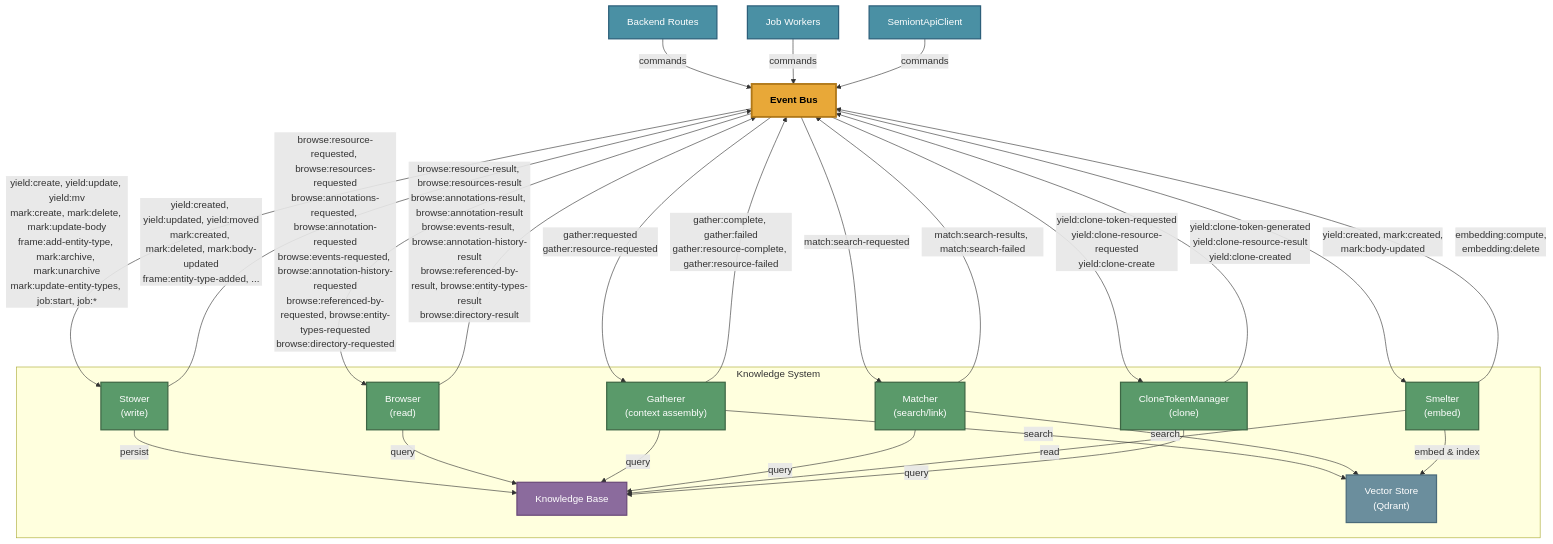
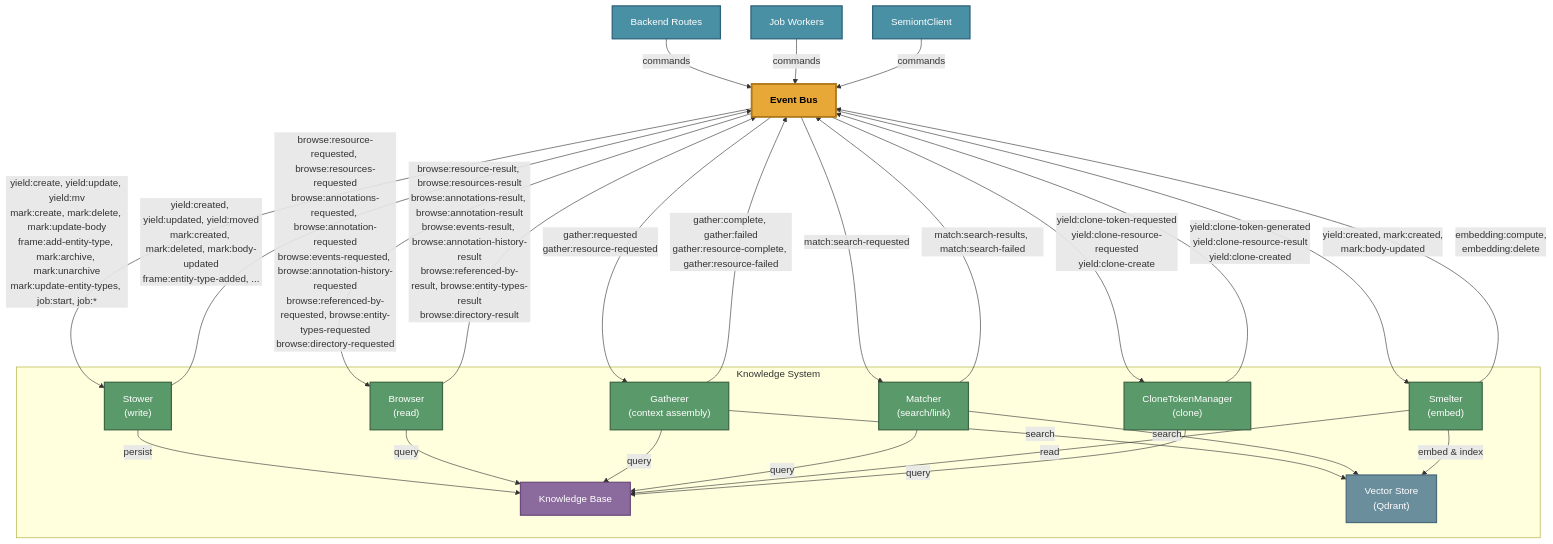
Before and after one commit to The-AI-Alliance/semiont: the diagram in packages/make-meaning/README.md, drawn with Mermaid. The commit also changed 29 other files, not shown here.

````diff
--- a/packages/make-meaning/README.md
+++ b/packages/make-meaning/README.md
@@ -92,52 +92,52 @@
 ```mermaid
 graph TB
     Routes["Backend Routes"] -->|commands| BUS["Event Bus"]
     Workers["Job Workers"] -->|commands| BUS
-    EBC["SemiontApiClient"] -->|commands| BUS
+    EBC["SemiontClient"] -->|commands| BUS
 
     subgraph ks ["Knowledge System"]
         STOWER["Stower<br/>(write)"]
         BROWSER["Browser<br/>(read)"]
         GATHERER["Gatherer<br/>(context assembly)"]
         MATCHER["Matcher<br/>(search/link)"]
         SMELTER["Smelter<br/>(embed)"]
         CTM["CloneTokenManager<br/>(clone)"]
         KB["Knowledge Base"]
         VECTORS["Vector Store<br/>(Qdrant)"]
         STOWER -->|persist| KB
         BROWSER -->|query| KB
         GATHERER -->|query| KB
         GATHERER -->|search| VECTORS
         MATCHER -->|query| KB
         MATCHER -->|search| VECTORS
         SMELTER -->|embed & index| VECTORS
         SMELTER -->|read| KB
         CTM -->|query| KB
     end
 
     BUS -->|"yield:create, yield:update, yield:mv<br/>mark:create, mark:delete, mark:update-body<br/>frame:add-entity-type, mark:archive, mark:unarchive<br/>mark:update-entity-types, job:start, job:*"| STOWER
     BUS -->|"browse:resource-requested, browse:resources-requested<br/>browse:annotations-requested, browse:annotation-requested<br/>browse:events-requested, browse:annotation-history-requested<br/>browse:referenced-by-requested, browse:entity-types-requested<br/>browse:directory-requested"| BROWSER
     BUS -->|"gather:requested<br/>gather:resource-requested"| GATHERER
     BUS -->|"match:search-requested"| MATCHER
     BUS -->|"yield:created, mark:created,<br/>mark:body-updated"| SMELTER
     BUS -->|"yield:clone-token-requested<br/>yield:clone-resource-requested<br/>yield:clone-create"| CTM
 
     STOWER -->|"yield:created, yield:updated, yield:moved<br/>mark:created, mark:deleted, mark:body-updated<br/>frame:entity-type-added, ..."| BUS
     BROWSER -->|"browse:resource-result, browse:resources-result<br/>browse:annotations-result, browse:annotation-result<br/>browse:events-result, browse:annotation-history-result<br/>browse:referenced-by-result, browse:entity-types-result<br/>browse:directory-result"| BUS
     GATHERER -->|"gather:complete, gather:failed<br/>gather:resource-complete, gather:resource-failed"| BUS
     MATCHER -->|"match:search-results, match:search-failed"| BUS
     SMELTER -->|"embedding:compute,<br/>embedding:delete"| BUS
     CTM -->|"yield:clone-token-generated<br/>yield:clone-resource-result<br/>yield:clone-created"| BUS
 
     classDef bus fill:#e8a838,stroke:#b07818,stroke-width:3px,color:#000,font-weight:bold
     classDef actor fill:#5a9a6a,stroke:#3d6644,stroke-width:2px,color:#fff
     classDef kb fill:#8b6b9d,stroke:#6b4a7a,stroke-width:2px,color:#fff
     classDef caller fill:#4a90a4,stroke:#2c5f7a,stroke-width:2px,color:#fff
 
     class BUS bus
     classDef vectorstore fill:#6b8e9d,stroke:#4a6a7a,stroke-width:2px,color:#fff
     class STOWER,BROWSER,GATHERER,MATCHER,SMELTER,CTM actor
     class KB kb
     class VECTORS vectorstore
     class Routes,Workers,EBC caller
 ```
````
